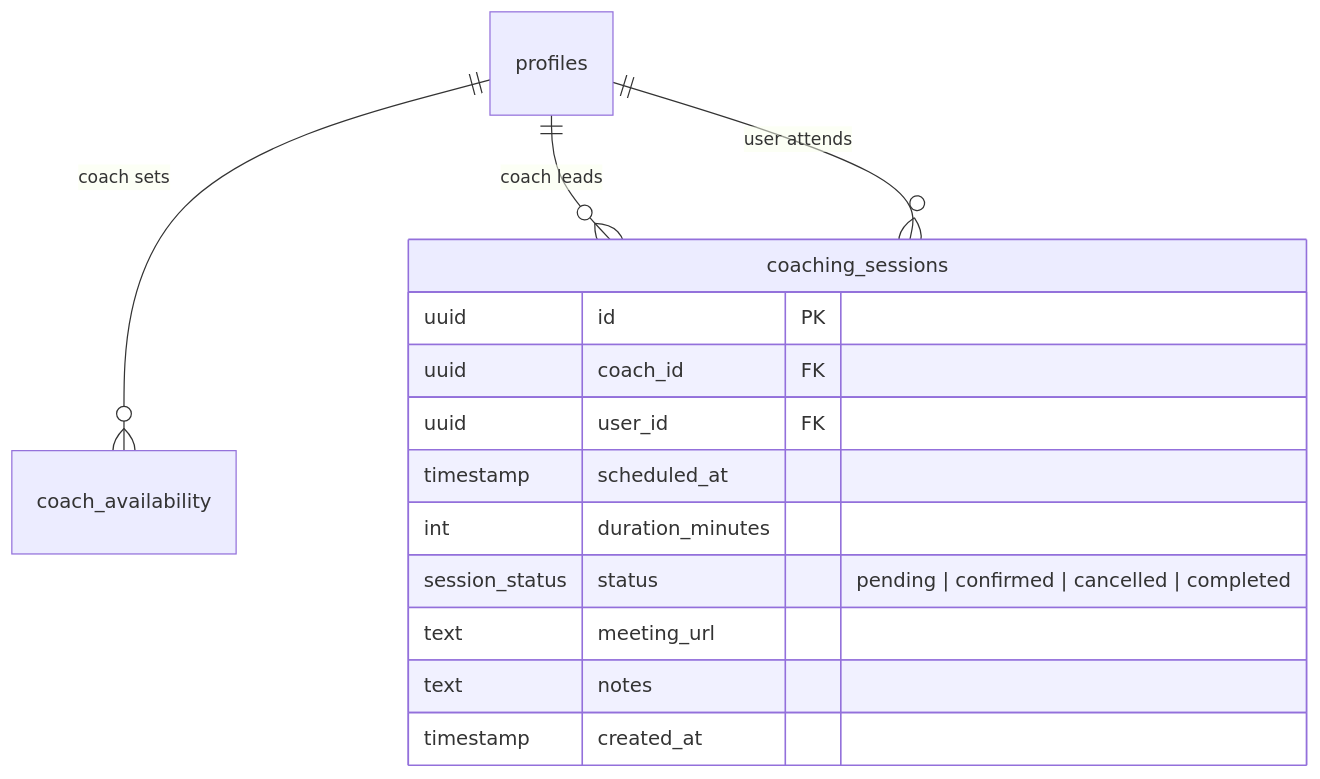
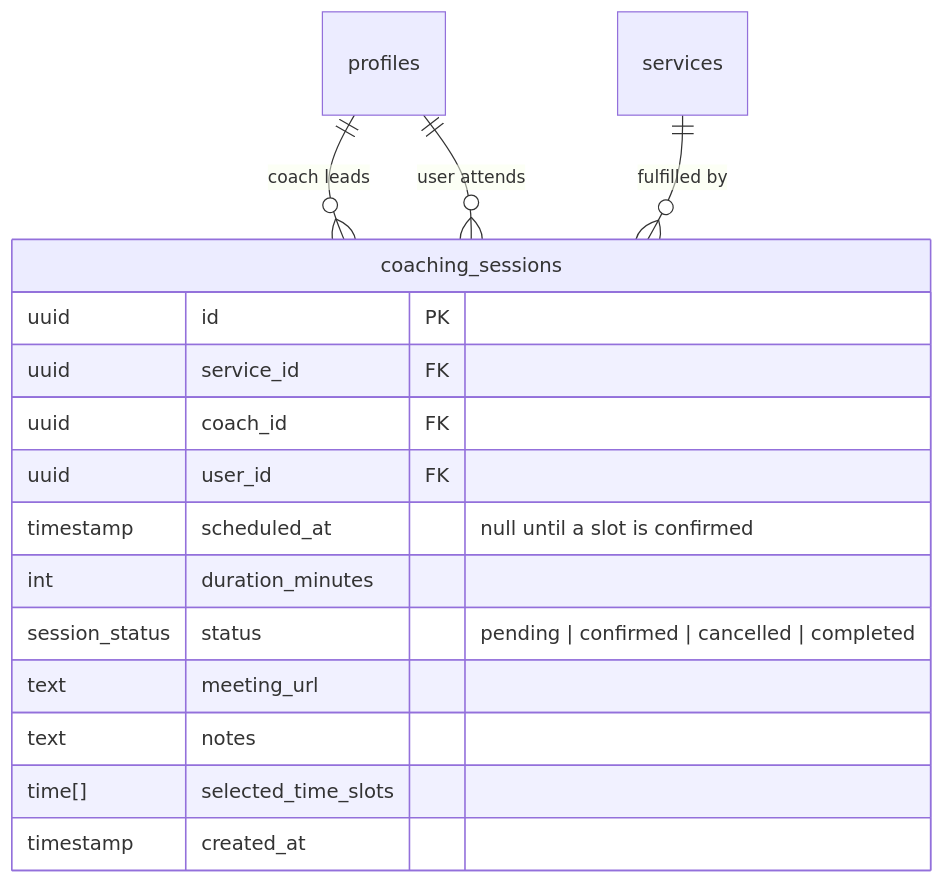
The diagram in docs/coaching.md (hack4impact/mcld-project), drawn with Mermaid before and after one commit. The commit also changed other lines of this file and 3 other files, not shown here.

````diff
--- a/docs/coaching.md
+++ b/docs/coaching.md
@@ -24,18 +5,20 @@
 ```mermaid
 erDiagram
     coaching_sessions {
         uuid id PK
+        uuid service_id FK
         uuid coach_id FK
         uuid user_id FK
-        timestamp scheduled_at
+        timestamp scheduled_at "null until a slot is confirmed"
         int duration_minutes
         session_status status "pending | confirmed | cancelled | completed"
         text meeting_url
         text notes
+        time[] selected_time_slots
         timestamp created_at
     }
 
-    profiles ||--o{ coach_availability : "coach sets"
     profiles ||--o{ coaching_sessions : "coach leads"
     profiles ||--o{ coaching_sessions : "user attends"
+    services ||--o{ coaching_sessions : "fulfilled by"
 ```
````
